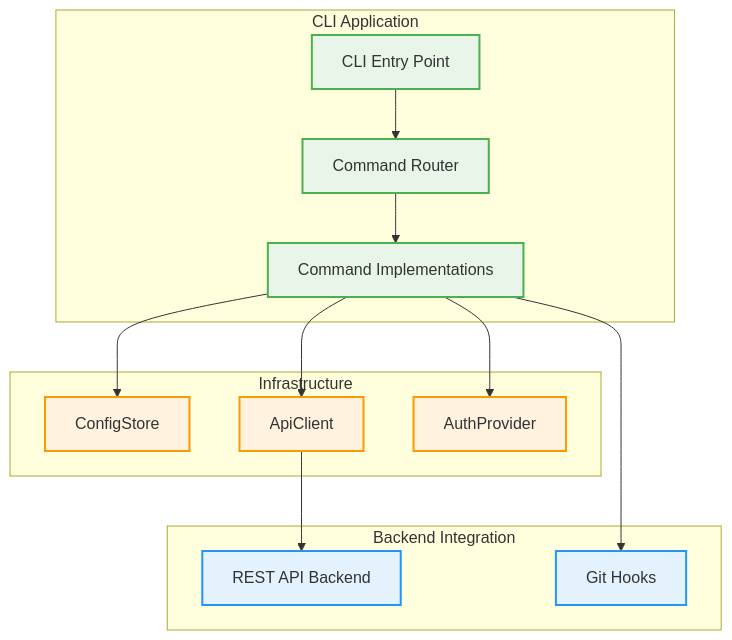
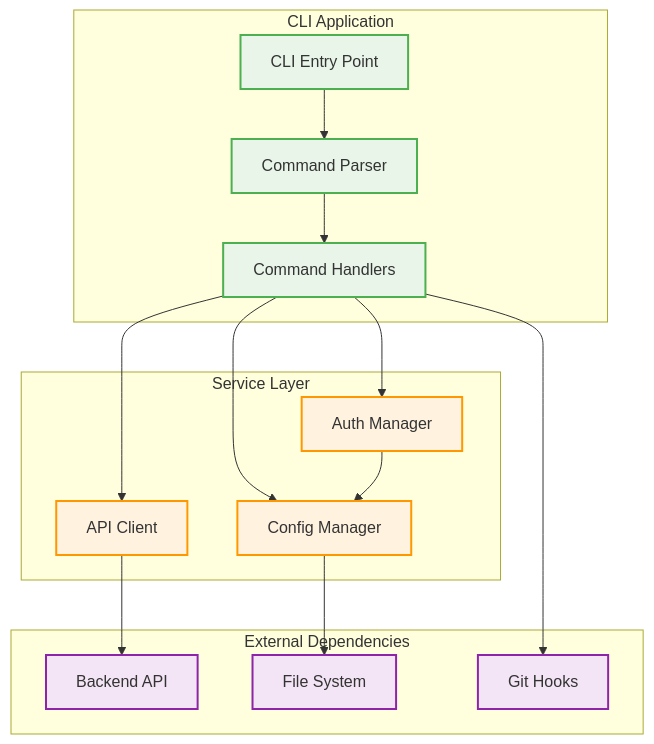
One commit to Keyla-TTT/Keyla-REPORT changed the second of 2 diagrams in docs/Report/Implementation.md. Above: the diagram before and after it, drawn with Mermaid. The commit also changed other lines of this file, not shown here.

````diff
--- a/docs/Report/Implementation.md
+++ b/docs/Report/Implementation.md
@@ -478,36 +123,39 @@
 ```mermaid
 graph TD
-    subgraph CLI Application
-        CLI[CLI Entry Point]
-        Router[Command Router]
-        Commands[Command Implementations]
+    subgraph "CLI Application"
+        Entry[CLI Entry Point]
+        Parser[Command Parser]
+        Commands[Command Handlers]
     end
-
-    subgraph Infrastructure
-        Config[ConfigStore]
-        ApiClient[ApiClient]
-        Auth[AuthProvider]
+    
+    subgraph "Service Layer"
+        ApiClient[API Client]
+        ConfigManager[Config Manager]
+        AuthManager[Auth Manager]
     end
-
-    subgraph Backend Integration
-        RestAPI[REST API Backend]
-        Hooks[Git Hooks]
+    
+    subgraph "External Dependencies"
+        BackendAPI[Backend API]
+        FileSystem[File System]
+        GitHooks[Git Hooks]
     end
-
-    CLI --> Router
-    Router --> Commands
-    Commands --> Config
+    
+    Entry --> Parser
+    Parser --> Commands
     Commands --> ApiClient
-    Commands --> Auth
+    Commands --> ConfigManager
+    Commands --> AuthManager
     
-    ApiClient --> RestAPI
-    Commands --> Hooks
-
+    ApiClient --> BackendAPI
+    ConfigManager --> FileSystem
+    AuthManager --> ConfigManager
+    Commands --> GitHooks
+    
     classDef cli fill:#e8f5e8,stroke:#4caf50,stroke-width:2px;
-    classDef infra fill:#fff3e0,stroke:#ff9800,stroke-width:2px;
-    classDef backend fill:#e3f2fd,stroke:#2196f3,stroke-width:2px;
-
-    class CLI,Router,Commands cli;
-    class Config,ApiClient,Auth infra;
-    class RestAPI,Hooks backend;
+    classDef service fill:#fff3e0,stroke:#ff9800,stroke-width:2px;
+    classDef external fill:#f3e5f5,stroke:#8e24aa,stroke-width:2px;
+    
+    class Entry,Parser,Commands cli;
+    class ApiClient,ConfigManager,AuthManager service;
+    class BackendAPI,FileSystem,GitHooks external;
 ```
````
